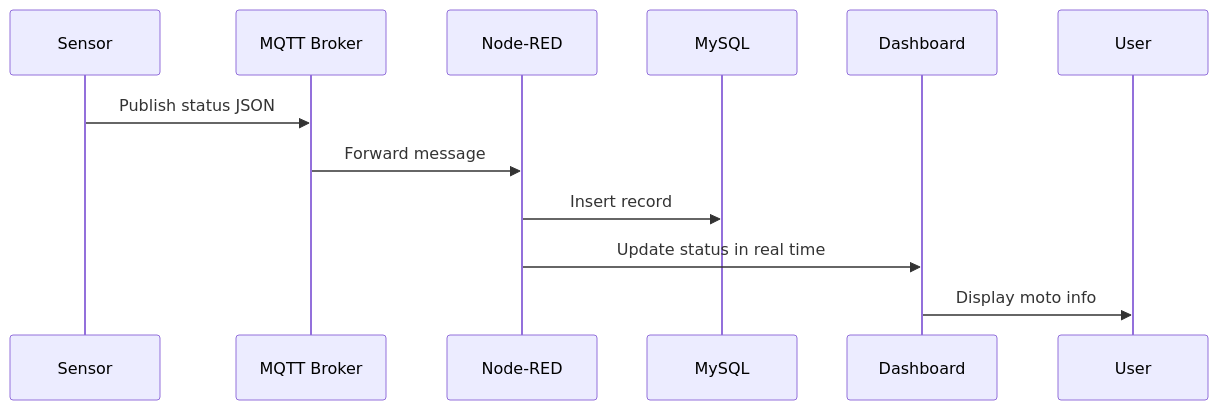
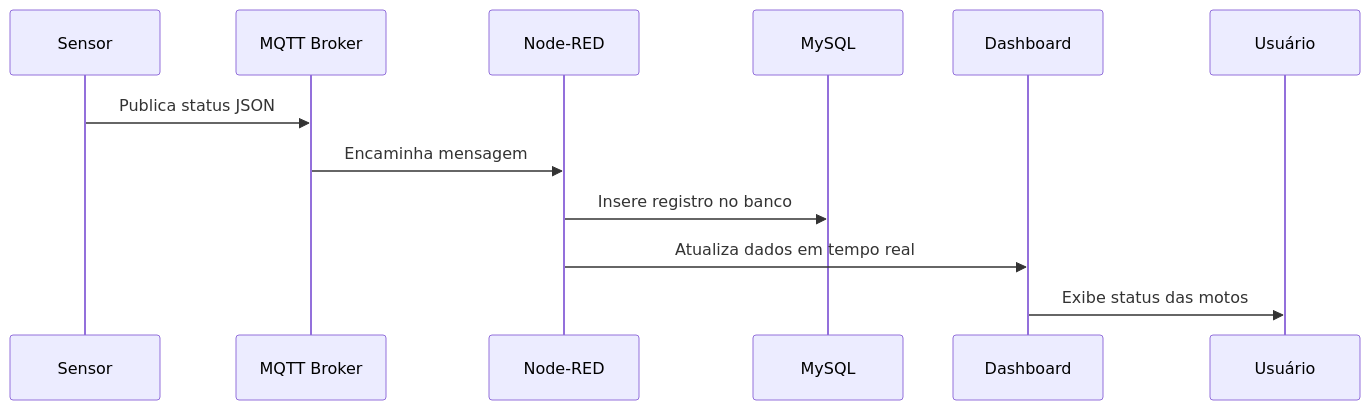
One commit to giovannarevitoroz/sprint03-mottu-motion-iot changed the third of 4 diagrams in README.md. Above: the diagram before and after it, drawn with Mermaid. The commit also changed other lines of this file, not shown here.

````diff
--- a/README.md
+++ b/README.md
@@ -354,8 +317,15 @@
 ```mermaid
 sequenceDiagram
-Sensor ->> MQTT Broker: Publish status JSON
-MQTT Broker ->> Node-RED: Forward message
-Node-RED ->> MySQL: Insert record
-Node-RED ->> Dashboard: Update status in real time
-Dashboard ->> User: Display moto info
+    participant S as Sensor
+    participant B as MQTT Broker
+    participant N as Node-RED
+    participant M as MySQL
+    participant D as Dashboard
+    participant U as Usuário
+
+    S ->> B: Publica status JSON
+    B ->> N: Encaminha mensagem
+    N ->> M: Insere registro no banco
+    N ->> D: Atualiza dados em tempo real
+    D ->> U: Exibe status das motos
 ```
````
